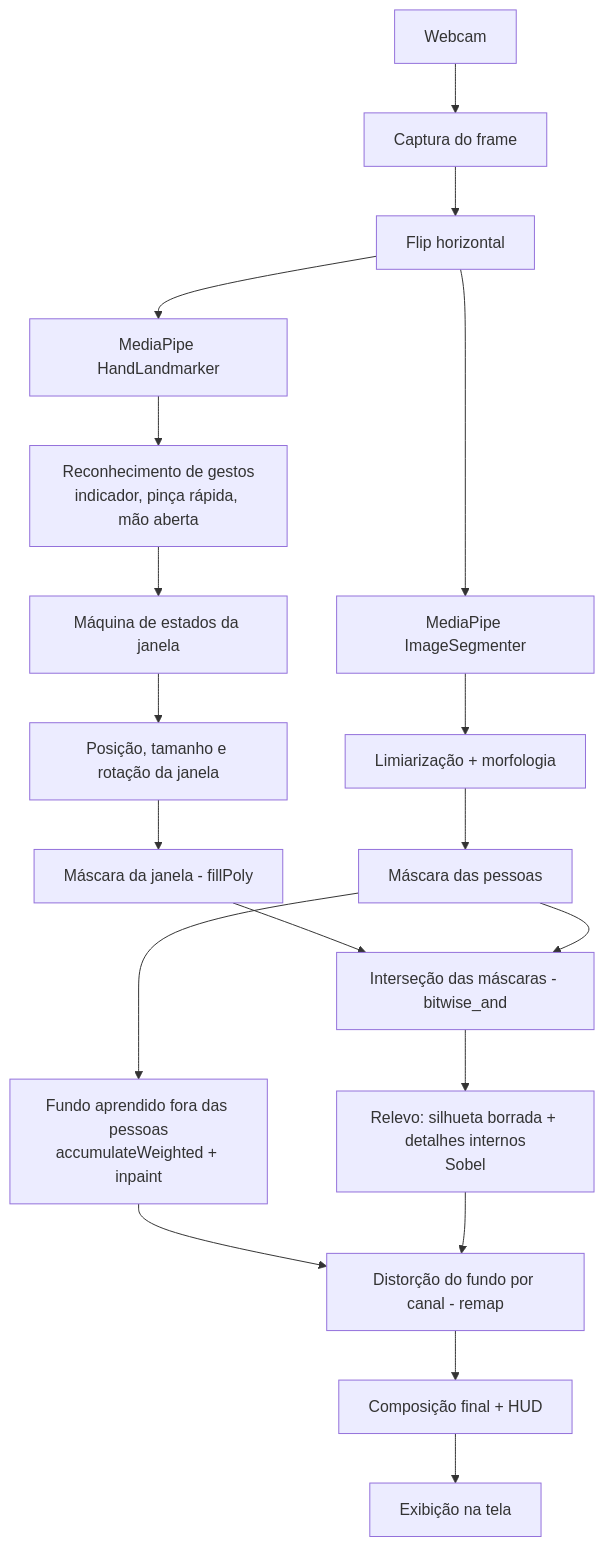
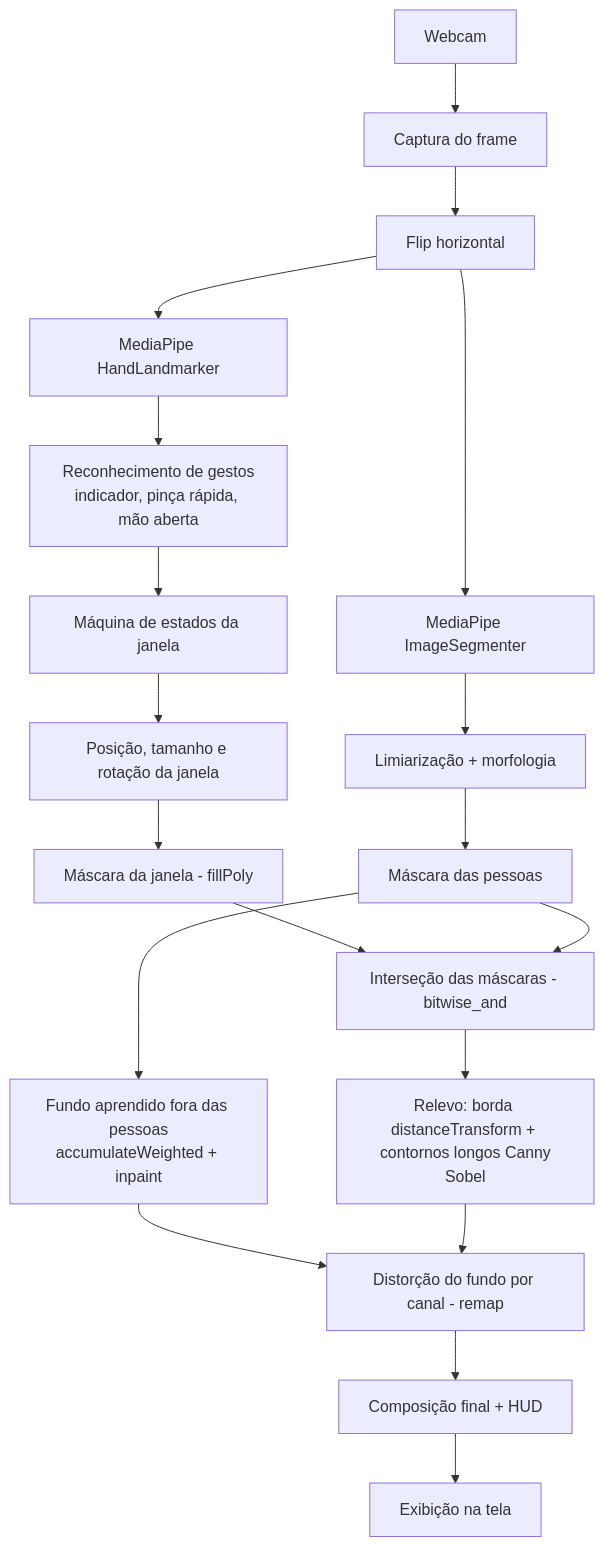
One commit to hPedro11/invisible-box changed the first of 2 diagrams in README.md. Above: the diagram before and after it, drawn with Mermaid. The commit also changed other lines of this file and 9 other files, not shown here.

````diff
--- a/README.md
+++ b/README.md
@@ -50,24 +50,24 @@
 ```mermaid
 flowchart TD
     A[Webcam] --> B[Captura do frame]
     B --> C[Flip horizontal]
     C --> D[MediaPipe HandLandmarker]
     C --> E[MediaPipe ImageSegmenter]
 
     D --> F[Reconhecimento de gestos<br/>indicador, pinça rápida, mão aberta]
     F --> G[Máquina de estados da janela]
     G --> H[Posição, tamanho e rotação da janela]
     H --> I[Máscara da janela - fillPoly]
 
     E --> K[Limiarização + morfologia]
     K --> L[Máscara das pessoas]
     L --> J[Fundo aprendido fora das pessoas<br/>accumulateWeighted + inpaint]
 
     I --> M[Interseção das máscaras - bitwise_and]
     L --> M
-    M --> N[Relevo: silhueta borrada + detalhes internos<br/>Sobel]
+    M --> N[Relevo: borda distanceTransform + contornos longos Canny<br/>Sobel]
     J --> O
     N --> O[Distorção do fundo por canal - remap]
     O --> P[Composição final + HUD]
     P --> Q[Exibição na tela]
 ```
````
